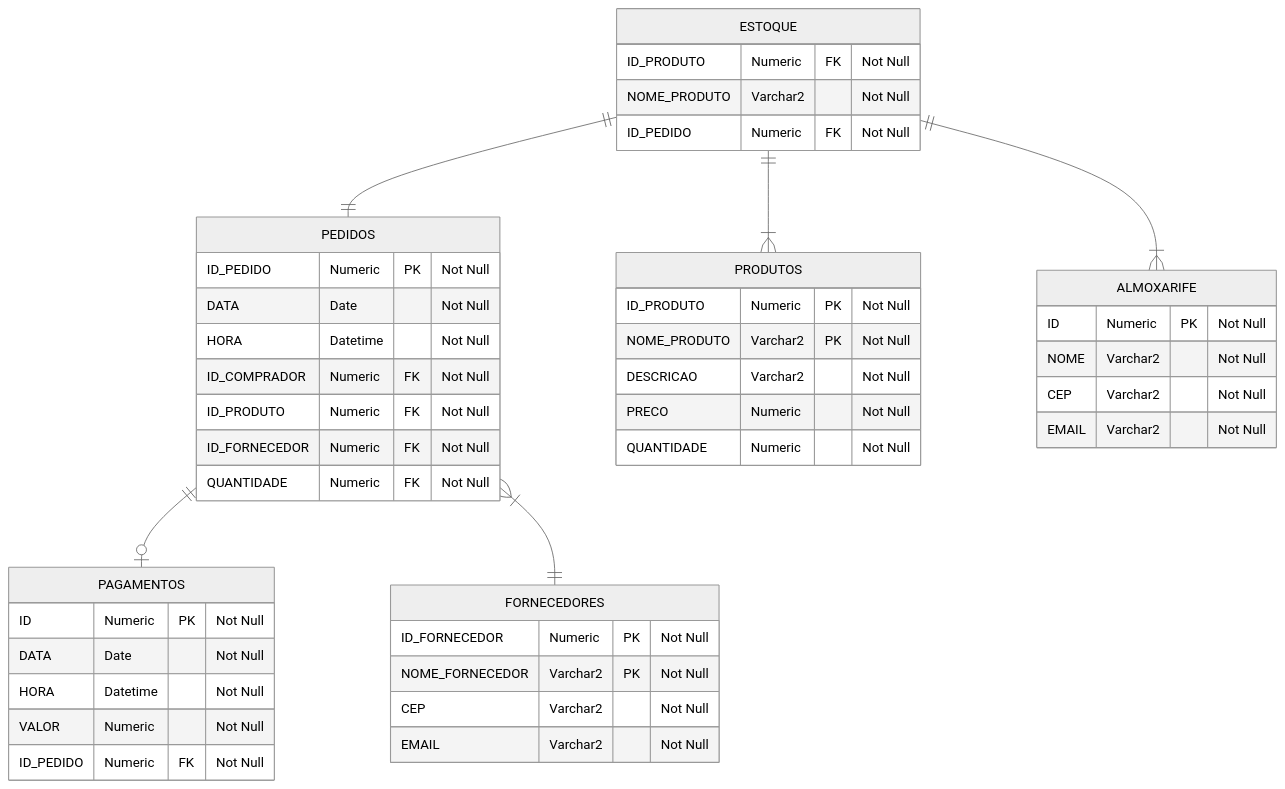
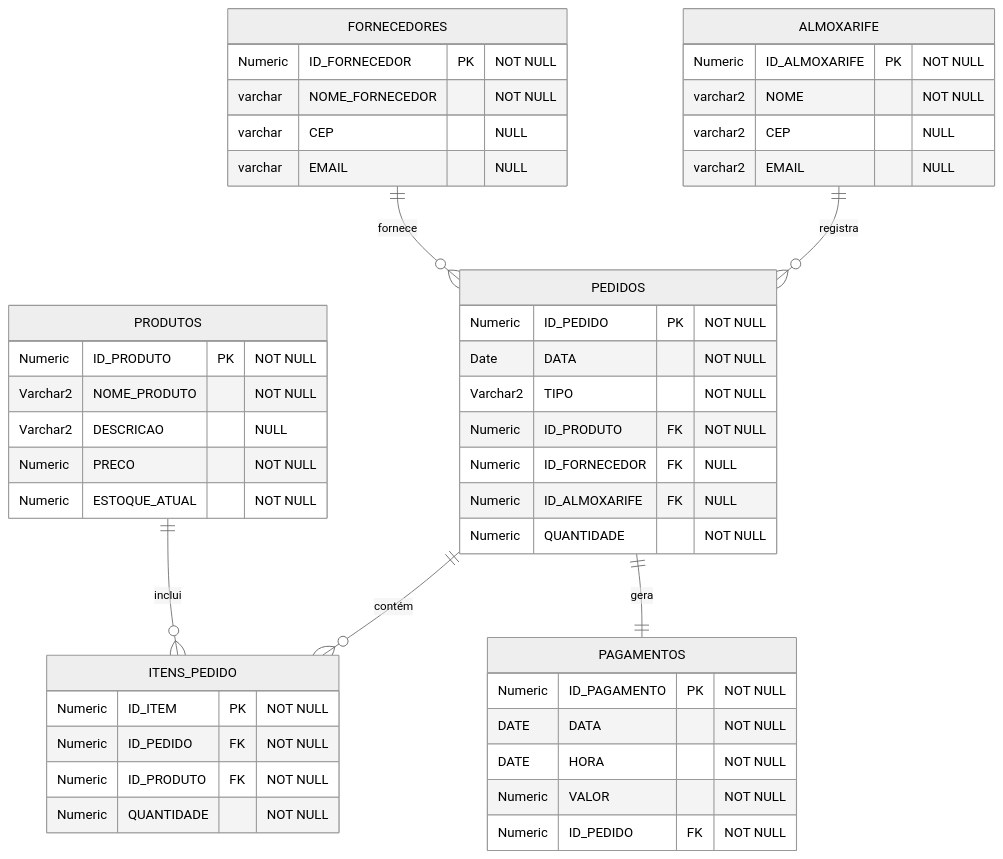
One commit to LucasBinda/BD-Controle-de-Estoque changed the diagram in Diagrams/erDiagram.mmd. Above: the diagram before and after it, drawn with Mermaid (neutral theme). The commit also changed 3 other files, not shown here.

```diff
--- a/Diagrams/erDiagram.mmd
+++ b/Diagrams/erDiagram.mmd
@@ -1,81 +1,56 @@
 erDiagram
 
 
-
-ESTOQUE {
-
-ID_PRODUTO Numeric FK "Not Null"
-NOME_PRODUTO Varchar2 "Not Null"
-ID_PEDIDO Numeric FK "Not Null"
-
-
+PRODUTOS {
+Numeric ID_PRODUTO PK "NOT NULL"
+Varchar2 NOME_PRODUTO "NOT NULL"
+Varchar2 DESCRICAO "NULL"
+Numeric PRECO "NOT NULL"
+Numeric ESTOQUE_ATUAL "NOT NULL"
 }
 
+FORNECEDORES {
+Numeric ID_FORNECEDOR PK "NOT NULL"
+varchar NOME_FORNECEDOR "NOT NULL"
+varchar CEP "NULL"
+varchar EMAIL "NULL"
+}
 
+ALMOXARIFE {
+Numeric ID_ALMOXARIFE PK "NOT NULL"
+varchar2 NOME "NOT NULL"
+varchar2 CEP "NULL"
+varchar2 EMAIL "NULL"
+}
 
+%% TIPO == ENTRADA OU SAIDA
+PEDIDOS {
+Numeric ID_PEDIDO PK     "NOT NULL"
+Date DATA                "NOT NULL"
+Varchar2 TIPO            "NOT NULL"
+Numeric ID_PRODUTO    FK "NOT NULL"
+Numeric ID_FORNECEDOR FK "NULL"
+Numeric ID_ALMOXARIFE FK "NULL"
+Numeric QUANTIDADE       "NOT NULL"
+}
 
+ITENS_PEDIDO {
+Numeric ID_ITEM PK "NOT NULL"
+Numeric ID_PEDIDO FK "NOT NULL"
+Numeric ID_PRODUTO FK "NOT NULL"
+Numeric QUANTIDADE "NOT NULL"
+}
 
+PAGAMENTOS {
+Numeric ID_PAGAMENTO PK "NOT NULL"
+DATE DATA "NOT NULL"
+DATE HORA "NOT NULL"
+Numeric VALOR "NOT NULL"
+Numeric ID_PEDIDO FK "NOT NULL"
+}
 
-    PEDIDOS{
-        ID_PEDIDO           Numeric PK "Not Null"
-        DATA          Date       "Not Null"
-        HORA          Datetime   "Not Null"
-        ID_COMPRADOR  Numeric FK "Not Null"
-        ID_PRODUTO    Numeric FK "Not Null"
-        ID_FORNECEDOR Numeric FK "Not Null"
-        QUANTIDADE    Numeric FK "Not Null"
-    }
-    PRODUTOS{
-        ID_PRODUTO        Numeric  PK "Not Null"
-        NOME_PRODUTO Varchar2 PK   "Not Null"
-        DESCRICAO Varchar2    "Not Null"
-        PRECO     Numeric     "Not Null"
-      QUANTIDADE   Numeric  "Not Null"
-    }
-
-    FORNECEDORES{
-        ID_FORNECEDOR Numeric PK "Not Null"
-        NOME_FORNECEDOR Varchar2 PK "Not Null"
-        CEP       Varchar2 "Not Null"
-        EMAIL     Varchar2 "Not Null"
-    }
-
-
-
-
-
-
-
-
-    ALMOXARIFE {
-        ID        Numeric  PK "Not Null"
-        NOME      Varchar2    "Not Null"
-        CEP       Varchar2    "Not Null"
-        EMAIL     Varchar2    "Not Null"
-    }
-
-
-
-
-
-
-
-
-
-    PAGAMENTOS{
-        ID        Numeric  PK "Not Null"
-        DATA      Date        "Not Null"
-        HORA      Datetime    "Not Null"
-        VALOR     Numeric     "Not Null"
-        ID_PEDIDO Numeric  FK "Not Null"
-    }
-
-
-
-    PEDIDOS      ||--o| PAGAMENTOS: ""
-
-    PEDIDOS      }|--|| FORNECEDORES: ""
-
-    ESTOQUE      ||--|{ PRODUTOS: ""
-    ESTOQUE      ||--|{ ALMOXARIFE: ""
-    ESTOQUE      ||--|| PEDIDOS: ""
+FORNECEDORES ||--o{ PEDIDOS : "fornece"
+ALMOXARIFE ||--o{ PEDIDOS : "registra"
+PEDIDOS ||--o{ ITENS_PEDIDO : "contém"
+PRODUTOS ||--o{ ITENS_PEDIDO : "inclui"
+PEDIDOS ||--|| PAGAMENTOS : "gera"
```
